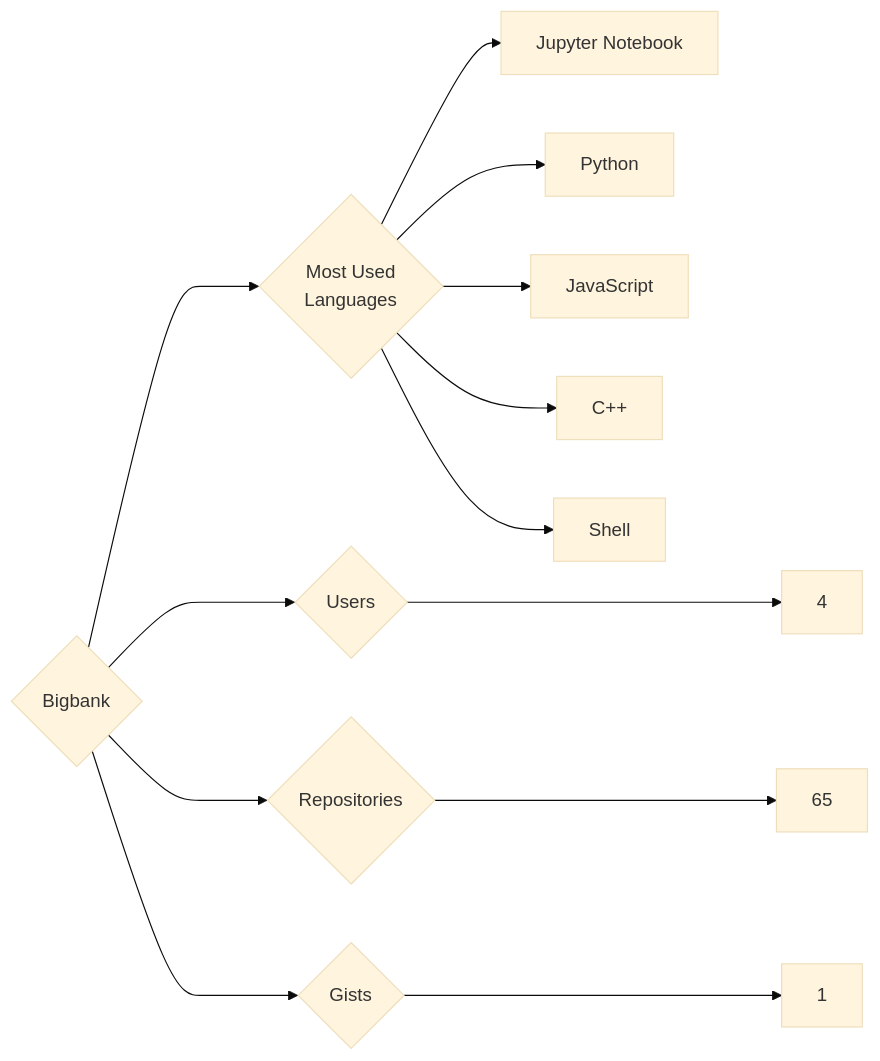
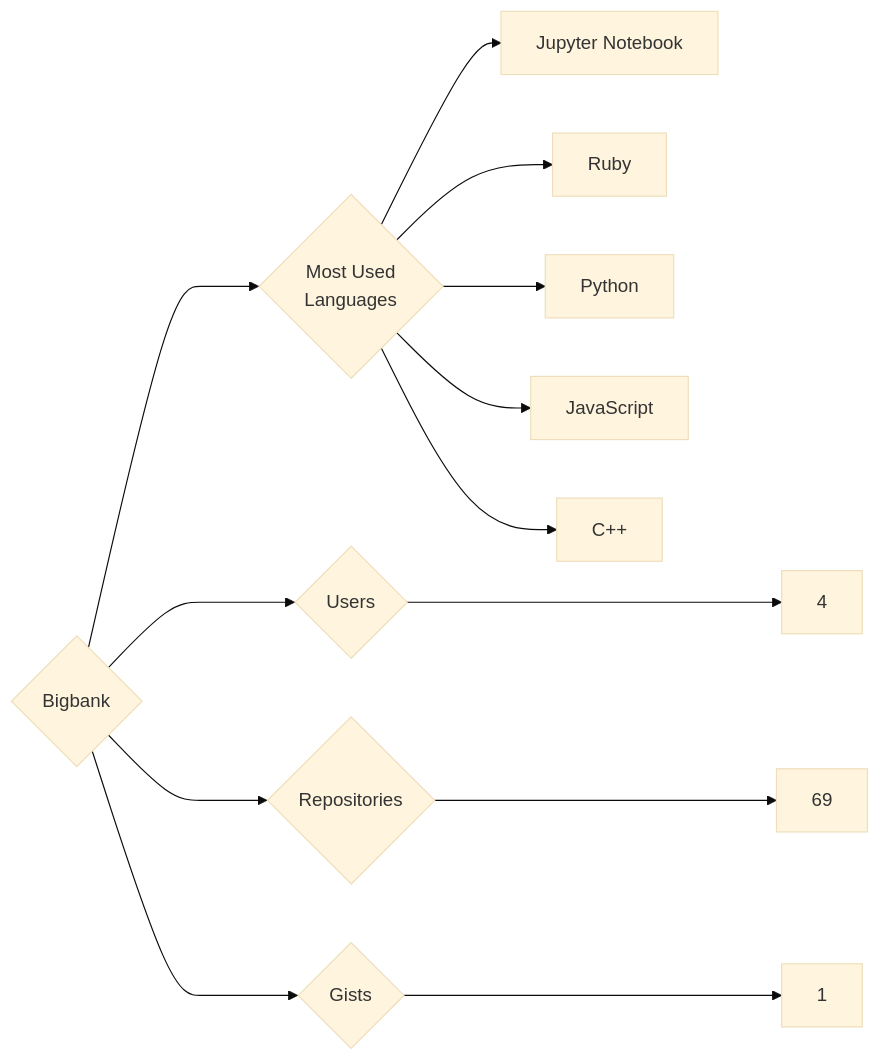
The diagram in targets/Bigbank/README.md (trickest/insiders), drawn with Mermaid (base theme) before and after one commit. The commit also changed 895 other files, not shown here.

````diff
--- a/targets/Bigbank/README.md
+++ b/targets/Bigbank/README.md
@@ -3,13 +3,13 @@
 ```mermaid
 graph LR
 COMPANY_NAME{Bigbank}
 COMPANY_NAME ---> U{Users} ---> UN[4]
-COMPANY_NAME ---> R{Repositories} ---> RN[65]
+COMPANY_NAME ---> R{Repositories} ---> RN[69]
 COMPANY_NAME ---> G{Gists} ---> GN[1]
 COMPANY_NAME ---> ML{Most Used<br>Languages}
 ML --> Jupyter_Notebook[Jupyter Notebook]
+ML --> Ruby[Ruby]
 ML --> Python[Python]
 ML --> JavaScript[JavaScript]
 ML --> C++[C++]
-ML --> Shell[Shell]
 ```
````
